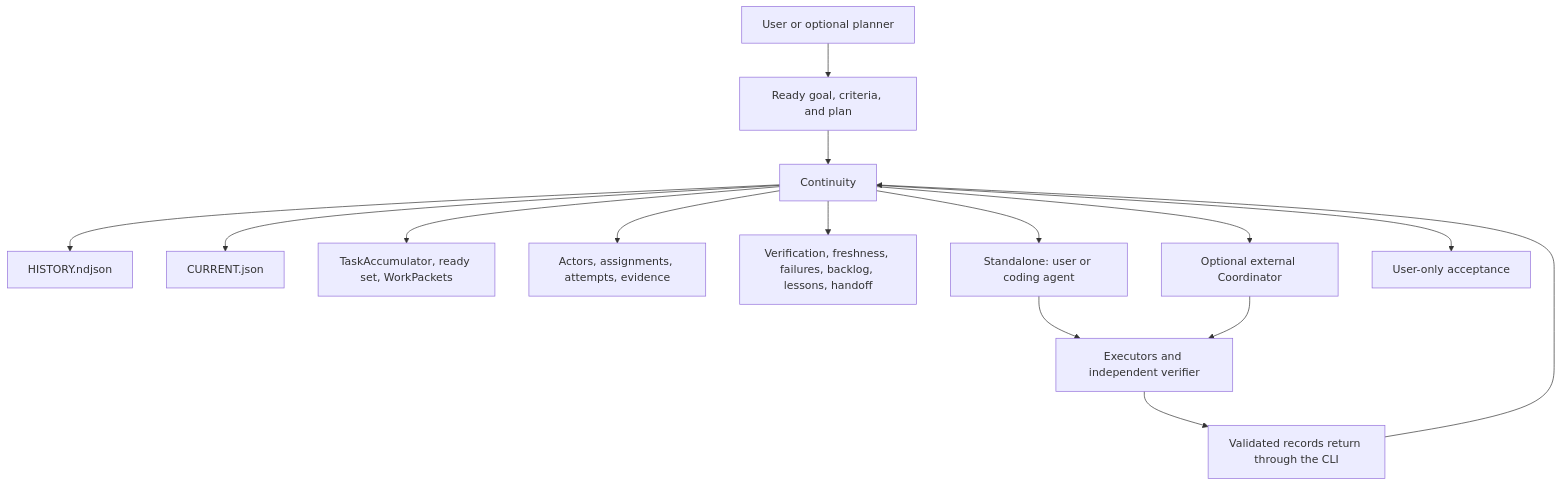
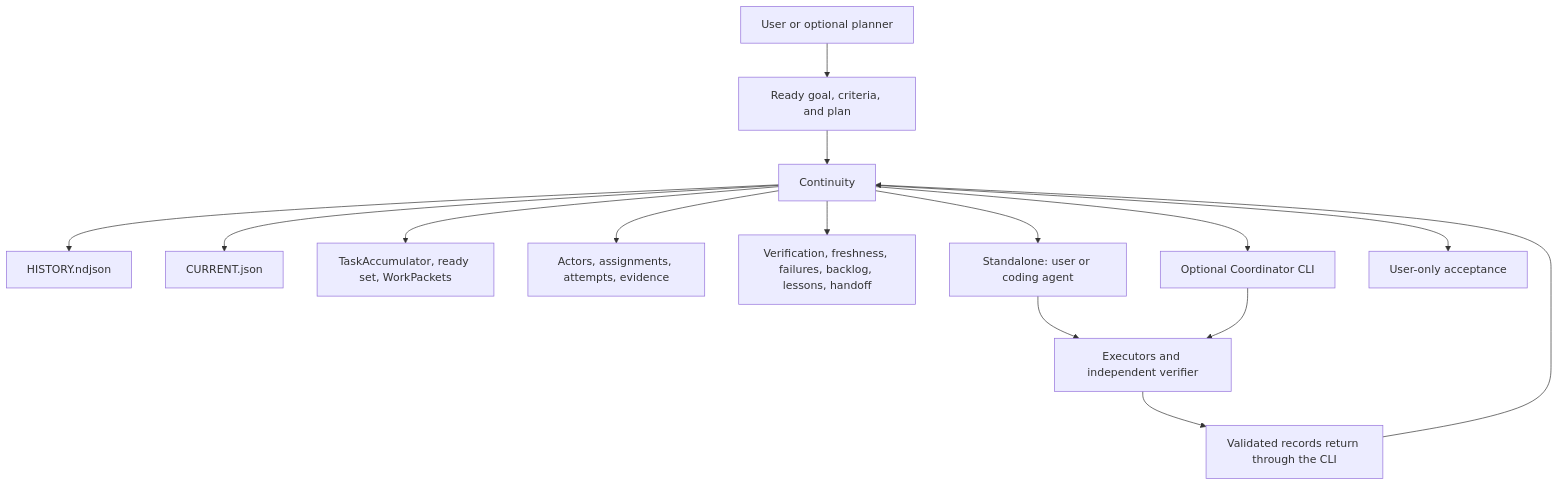
Before and after one commit to Altarnik88/continuity: the second of 2 diagrams in README.md, drawn with Mermaid. The commit also changed other lines of this file and 12 other files, not shown here.

Commit message:
docs: add architecture, protocol, install, coordinator, adapters, migration, release docs and README profiles

````diff
--- a/README.md
+++ b/README.md
@@ -117,17 +160,17 @@
 ```mermaid
 flowchart TB
   user["User or optional planner"] --> ready["Ready goal, criteria, and plan"]
   ready --> continuity["Continuity"]
   continuity --> journal["HISTORY.ndjson"]
   continuity --> projection["CURRENT.json"]
   continuity --> derived["TaskAccumulator, ready set, WorkPackets"]
   continuity --> records["Actors, assignments, attempts, evidence"]
   continuity --> status["Verification, freshness, failures, backlog, lessons, handoff"]
   continuity --> standalone["Standalone: user or coding agent"]
-  continuity --> coordinated["Optional external Coordinator"]
+  continuity --> coordinated["Optional Coordinator CLI"]
   standalone --> workers["Executors and independent verifier"]
   coordinated --> workers
   workers --> validated["Validated records return through the CLI"]
   validated --> continuity
   continuity --> acceptance["User-only acceptance"]
 ```
````
